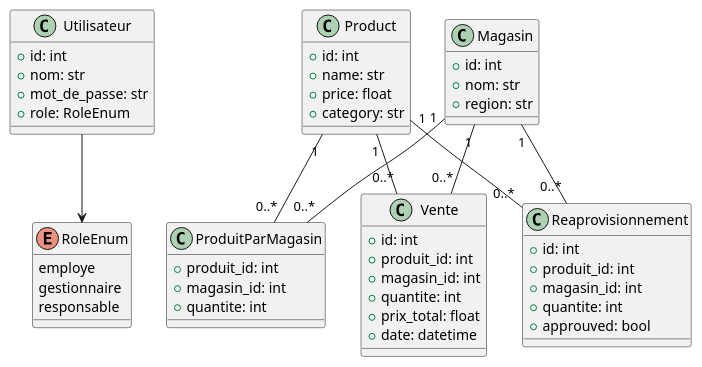
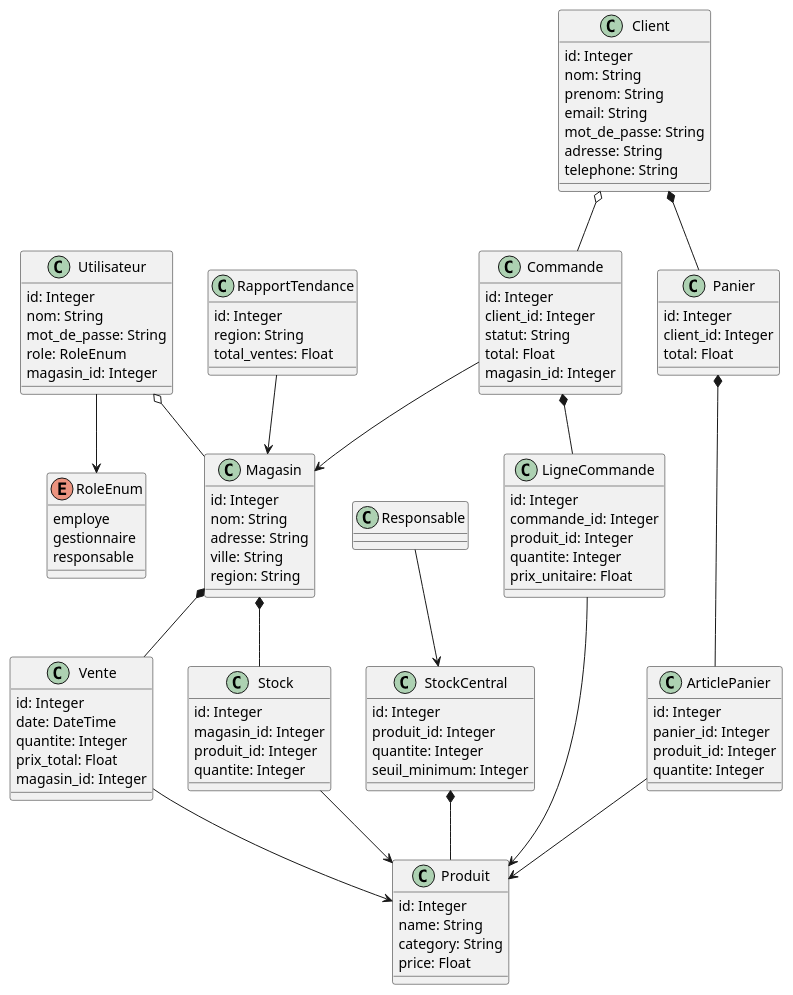
Before and after one commit to eusebe13/labo5_Log430: the diagram in docs/uml/code/diagramme-de-classe.puml, drawn with PlantUML. The commit also changed 15 other files, not shown here.

```diff
--- a/docs/uml/code/diagramme-de-classe.puml
+++ b/docs/uml/code/diagramme-de-classe.puml
@@ -1,58 +1,124 @@
 @startuml
-class Utilisateur {
-  +id: int
-  +nom: str
-  +mot_de_passe: str
-  +role: RoleEnum
-}
 
 enum RoleEnum {
   employe
   gestionnaire
   responsable
 }
 
-class Product {
-  +id: int
-  +name: str
-  +price: float
-  +category: str
+class Magasin {
+  id: Integer
+  nom: String
+  adresse: String
+  ville: String
+  region: String
 }
 
-class Magasin {
-  +id: int
-  +nom: str
-  +region: str
+class Utilisateur {
+  id: Integer
+  nom: String
+  mot_de_passe: String
+  role: RoleEnum
+  magasin_id: Integer
 }
 
-class ProduitParMagasin {
-  +produit_id: int
-  +magasin_id: int
-  +quantite: int
+class Client {
+  id: Integer
+  nom: String
+  prenom: String
+  email: String
+  mot_de_passe: String
+  adresse: String
+  telephone: String
+}
+
+class Produit {
+  id: Integer
+  name: String
+  category: String
+  price: Float
+}
+
+class Stock {
+  id: Integer
+  magasin_id: Integer
+  produit_id: Integer
+  quantite: Integer
+}
+
+class StockCentral {
+  id: Integer
+  produit_id: Integer
+  quantite: Integer
+  seuil_minimum: Integer
+}
+
+class Panier {
+  id: Integer
+  client_id: Integer
+  total: Float
+}
+
+class ArticlePanier {
+  id: Integer
+  panier_id: Integer
+  produit_id: Integer
+  quantite: Integer
+}
+
+class Commande {
+  id: Integer
+  client_id: Integer
+  statut: String
+  total: Float
+  magasin_id: Integer
+}
+
+class LigneCommande {
+  id: Integer
+  commande_id: Integer
+  produit_id: Integer
+  quantite: Integer
+  prix_unitaire: Float
 }
 
 class Vente {
-  +id: int
-  +produit_id: int
-  +magasin_id: int
-  +quantite: int
-  +prix_total: float
-  +date: datetime
+  id: Integer
+  date: DateTime
+  quantite: Integer
+  prix_total: Float
+  magasin_id: Integer
 }
 
-class Reaprovisionnement {
-  +id: int
-  +produit_id: int
-  +magasin_id: int
-  +quantite: int
-  +approuved: bool
+class RapportTendance {
+  id: Integer
+  region: String
+  total_ventes: Float
 }
 
+
+Utilisateur o-- Magasin
 Utilisateur --> RoleEnum
-Magasin "1" -- "0..*" ProduitParMagasin
-Product "1" -- "0..*" ProduitParMagasin
-Product "1" -- "0..*" Vente
-Magasin "1" -- "0..*" Vente
-Product "1" -- "0..*" Reaprovisionnement
-Magasin "1" -- "0..*" Reaprovisionnement
+
+Magasin *-- Stock
+Stock --> Produit
+
+Magasin *-- Vente
+Vente --> Produit
+
+StockCentral *-- Produit
+Responsable --> StockCentral
+
+Client *-- Panier
+Panier *-- ArticlePanier
+ArticlePanier --> Produit
+
+Client o-- Commande
+Commande *-- LigneCommande
+LigneCommande --> Produit
+
+Commande --> Magasin
+
+RapportTendance --> Magasin
+
 @enduml
```
